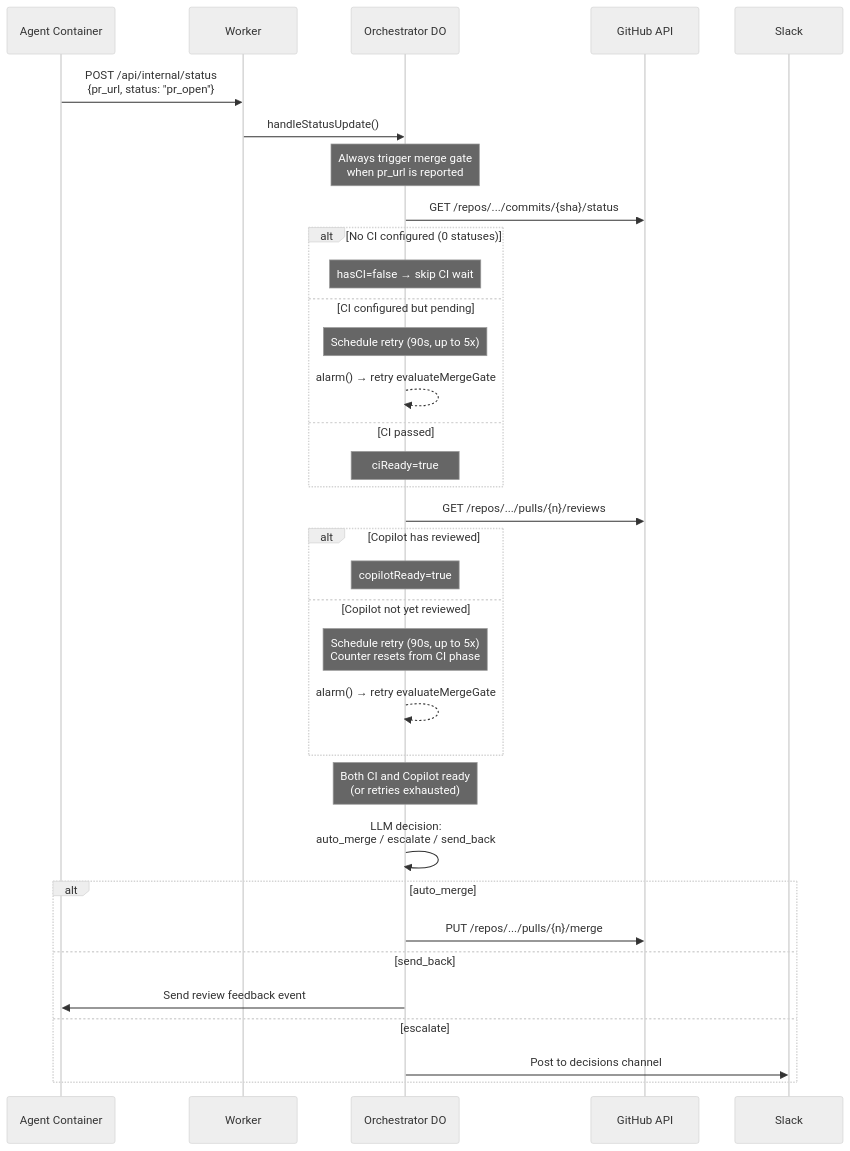
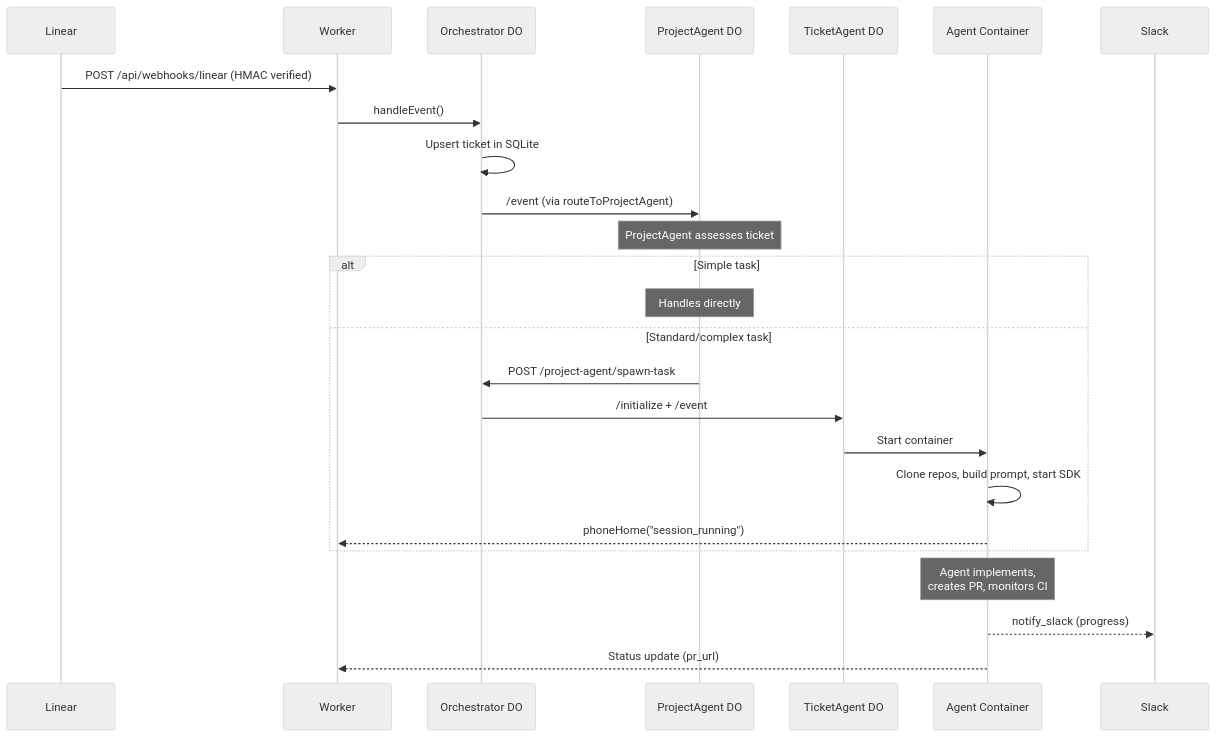
One commit to fryanpan/product-engineer changed the seventh of 8 diagrams in docs/architecture/architecture.md. Above: the diagram before and after it, drawn with Mermaid (neutral theme). The commit also changed other lines of this file and 32 other files, not shown here.

First line of the commit message:
docs: add v3 architecture plans, design docs, and update references

````diff
--- a/docs/architecture/architecture.md
+++ b/docs/architecture/architecture.md
@@ -212,41 +412,31 @@
 ```mermaid
 sequenceDiagram
-    participant Agent as Agent Container
+    participant Linear
     participant W as Worker
     participant O as Orchestrator DO
-    participant GH as GitHub API
+    participant PA as ProjectAgent DO
+    participant TA as TicketAgent DO
+    participant AC as Agent Container
 
-    Agent->>W: POST /api/internal/status<br/>{pr_url, status: "pr_open"}
-    W->>O: handleStatusUpdate()
+    Linear->>W: POST /api/webhooks/linear (HMAC verified)
+    W->>O: handleEvent()
+    O->>O: Upsert ticket in SQLite
 
-    Note over O: Always trigger merge gate<br/>when pr_url is reported
+    O->>PA: /event (via routeToProjectAgent)
+    Note over PA: ProjectAgent assesses ticket
 
-    O->>GH: GET /repos/.../commits/{sha}/status
-    alt No CI configured (0 statuses)
-        Note over O: hasCI=false → skip CI wait
-    else CI configured but pending
-        Note over O: Schedule retry (90s, up to 5x)
-        O-->>O: alarm() → retry evaluateMergeGate
-    else CI passed
-        Note over O: ciReady=true
+    alt Simple task
+        Note over PA: Handles directly
+    else Standard/complex task
+        PA->>O: POST /project-agent/spawn-task
+        O->>TA: /initialize + /event
+        TA->>AC: Start container
+        AC->>AC: Clone repos, build prompt, start SDK
+        AC-->>W: phoneHome("session_running")
     end
 
-    O->>GH: GET /repos/.../pulls/{n}/reviews
-    alt Copilot has reviewed
-        Note over O: copilotReady=true
-    else Copilot not yet reviewed
-        Note over O: Schedule retry (90s, up to 5x)<br/>Counter resets from CI phase
-        O-->>O: alarm() → retry evaluateMergeGate
-    end
+    Note over AC: Agent implements,<br/>creates PR, monitors CI
 
-    Note over O: Both CI and Copilot ready<br/>(or retries exhausted)
-
-    O->>O: LLM decision:<br/>auto_merge / escalate / send_back
-    alt auto_merge
-        O->>GH: PUT /repos/.../pulls/{n}/merge
-    else send_back
-        O->>Agent: Send review feedback event
-    else escalate
-        O->>Slack: Post to decisions channel
-    end
+    AC-->>Slack: notify_slack (progress)
+    AC-->>W: Status update (pr_url)
 ```
````
